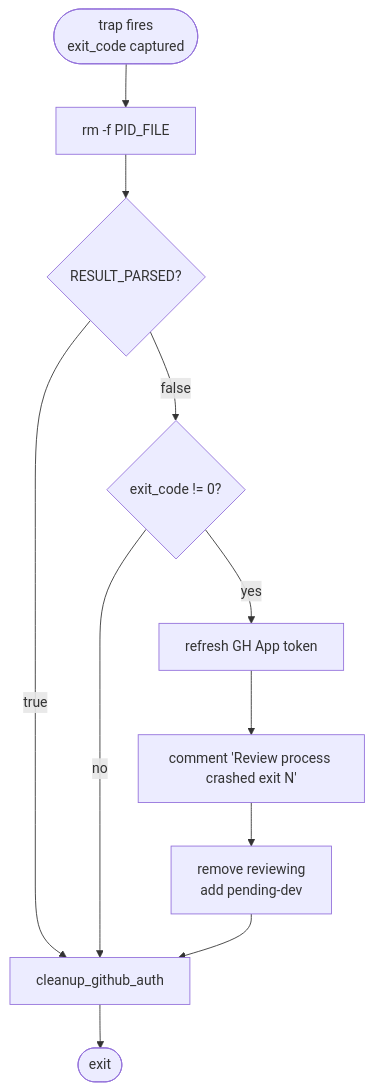
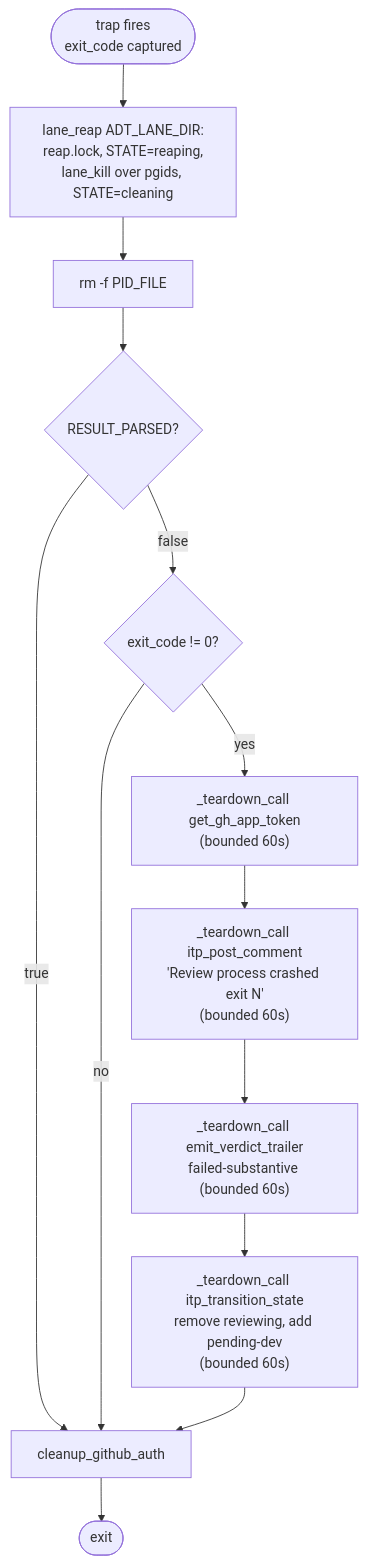
One commit to zxkane/autonomous-dev-team changed the second of 2 diagrams in docs/pipeline/review-agent-flow.md. Above: the diagram before and after it, drawn with Mermaid. The commit also changed other lines of this file and 24 other files, not shown here.

First line of the commit message:
feat(pipeline): Lane-GC PR-3 — kill-path hardening, INV-111/INV-112 (#405)

````diff
--- a/docs/pipeline/review-agent-flow.md
+++ b/docs/pipeline/review-agent-flow.md
@@ -750,14 +752,16 @@
 ```mermaid
 flowchart TD
-    enter([trap fires<br/>exit_code captured]) --> rm_pid[rm -f PID_FILE]
+    enter([trap fires<br/>exit_code captured]) --> lane_reap["lane_reap ADT_LANE_DIR:<br/>reap.lock, STATE=reaping,<br/>lane_kill over pgids, STATE=cleaning"]
+    lane_reap --> rm_pid[rm -f PID_FILE]
     rm_pid --> parsed{RESULT_PARSED?}
     parsed -- true --> auth_done[cleanup_github_auth]
     auth_done --> done([exit])
 
     parsed -- false --> exit_branch{exit_code != 0?}
     exit_branch -- no --> auth_done
-    exit_branch -- yes --> refresh[refresh GH App token]
-    refresh --> crash_comment[comment 'Review process crashed exit N']
-    crash_comment --> to_dev[remove reviewing<br/>add pending-dev]
+    exit_branch -- yes --> refresh["_teardown_call get_gh_app_token<br/>(bounded 60s)"]
+    refresh --> crash_comment["_teardown_call itp_post_comment<br/>'Review process crashed exit N'<br/>(bounded 60s)"]
+    crash_comment --> verdict_trailer["_teardown_call emit_verdict_trailer<br/>failed-substantive (bounded 60s)"]
+    verdict_trailer --> to_dev["_teardown_call itp_transition_state<br/>remove reviewing, add pending-dev<br/>(bounded 60s)"]
     to_dev --> auth_done
 ```
````
